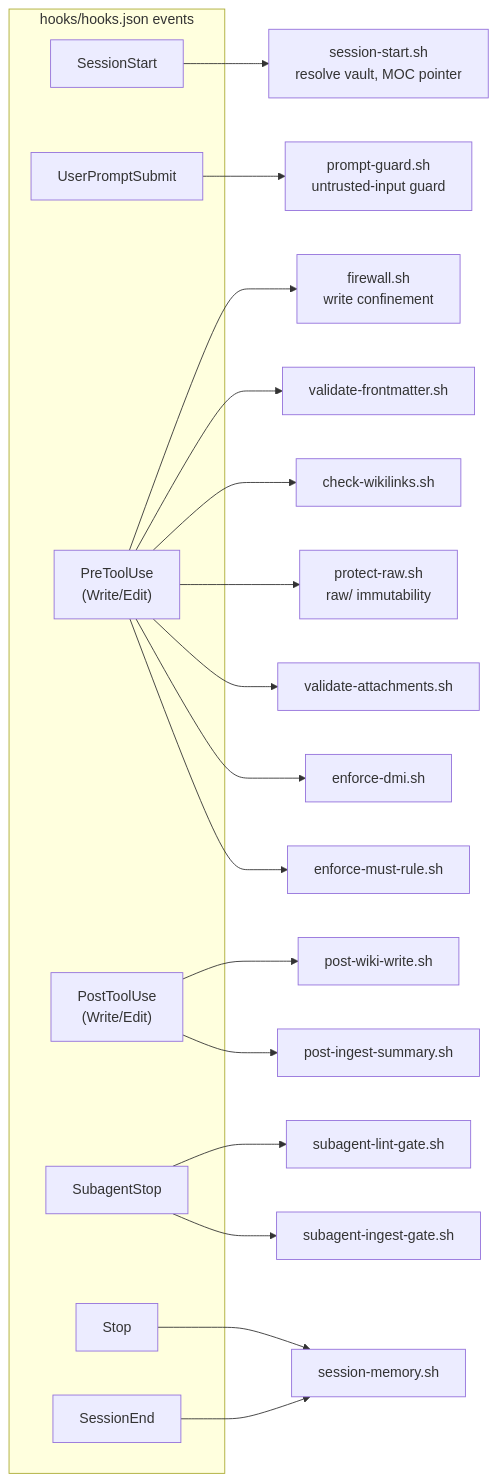
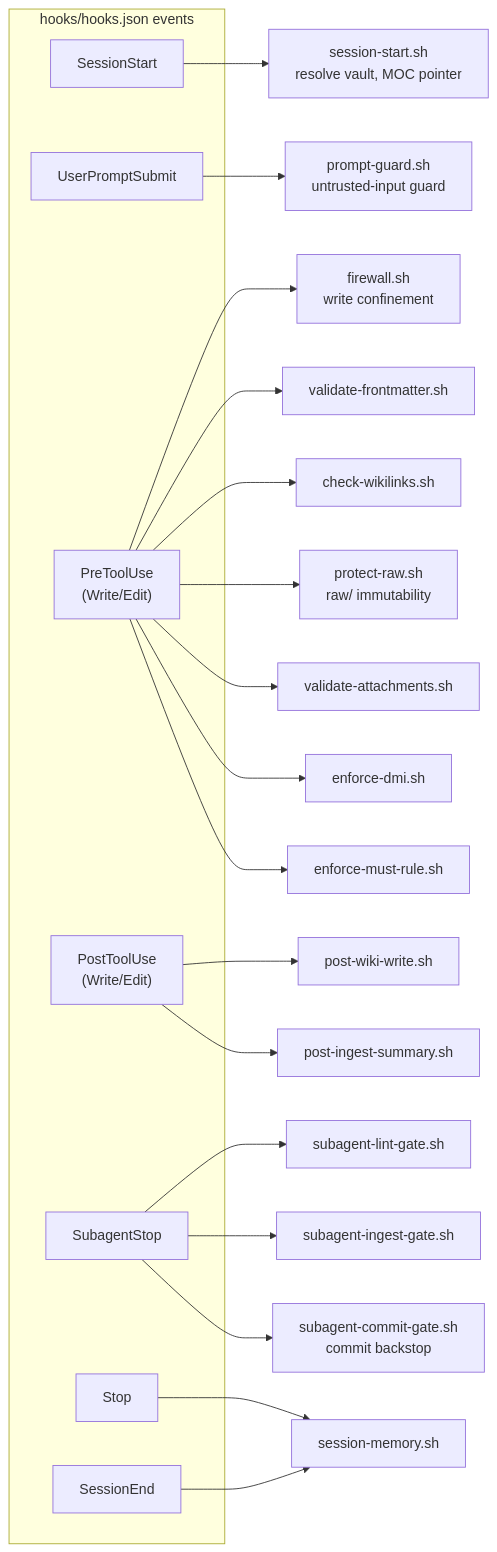
The first of 4 diagrams in docs/design/02-component-design.md (odere-pro/claude-wiki-pages-plugin), drawn with Mermaid before and after one commit. The commit also changed 8 other files, not shown here.

````diff
--- a/docs/design/02-component-design.md
+++ b/docs/design/02-component-design.md
@@ -13,28 +13,29 @@
 ```mermaid
 graph LR
     subgraph events["hooks/hooks.json events"]
         ss["SessionStart"]
         ups["UserPromptSubmit"]
         pre["PreToolUse<br/>(Write/Edit)"]
         post["PostToolUse<br/>(Write/Edit)"]
         sub["SubagentStop"]
         stop["Stop"]
         send["SessionEnd"]
     end
 
     ss --> p_ss["session-start.sh<br/>resolve vault, MOC pointer"]
     ups --> p_pg["prompt-guard.sh<br/>untrusted-input guard"]
     pre --> p_fw["firewall.sh<br/>write confinement"]
     pre --> p_vf["validate-frontmatter.sh"]
     pre --> p_wl["check-wikilinks.sh"]
     pre --> p_pr["protect-raw.sh<br/>raw/ immutability"]
     pre --> p_va["validate-attachments.sh"]
     pre --> p_dmi["enforce-dmi.sh"]
     pre --> p_mr["enforce-must-rule.sh"]
     post --> p_pw["post-wiki-write.sh"]
     post --> p_pi["post-ingest-summary.sh"]
     sub --> p_lg["subagent-lint-gate.sh"]
     sub --> p_ig["subagent-ingest-gate.sh"]
+    sub --> p_cg["subagent-commit-gate.sh<br/>commit backstop"]
     stop --> p_sm["session-memory.sh"]
     send --> p_sm
 ```
````
